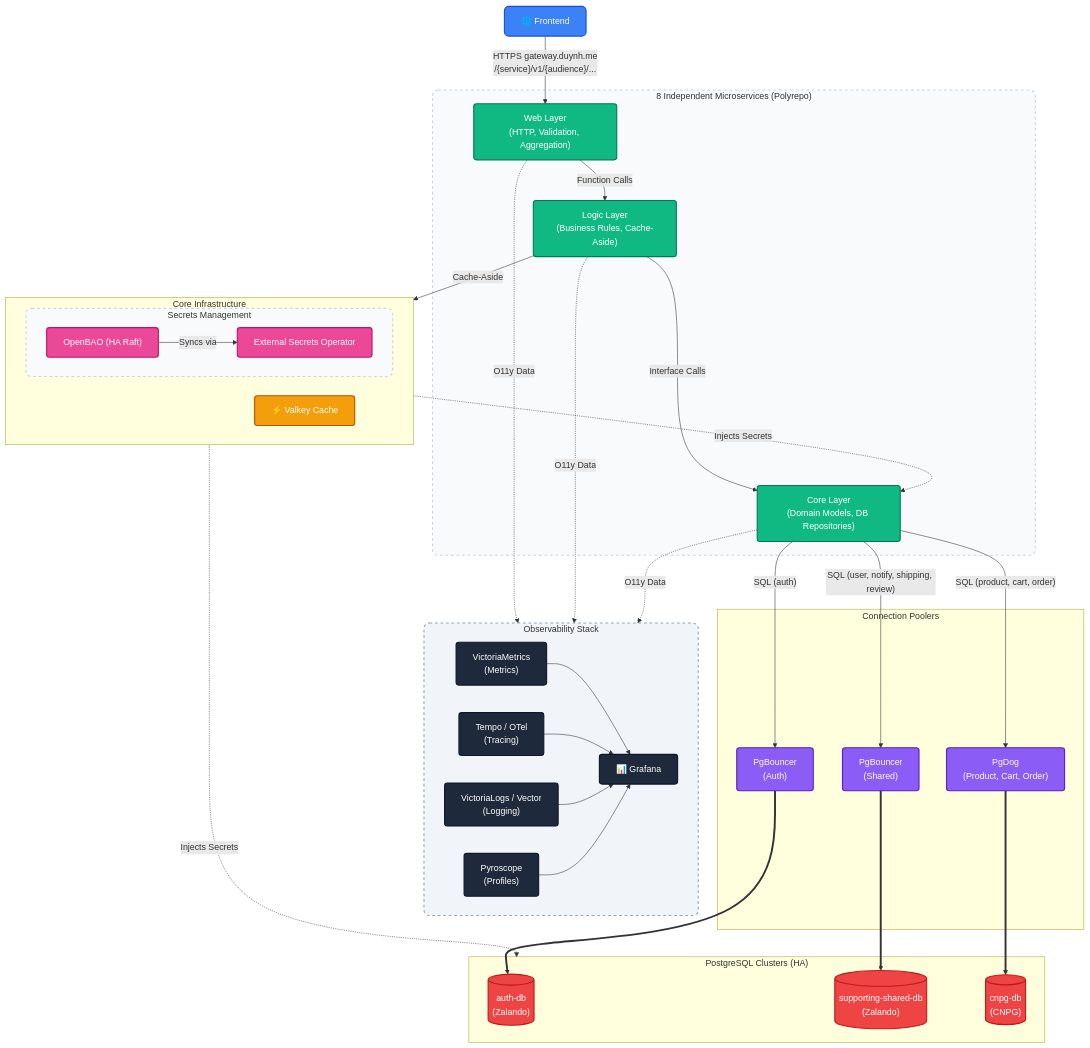
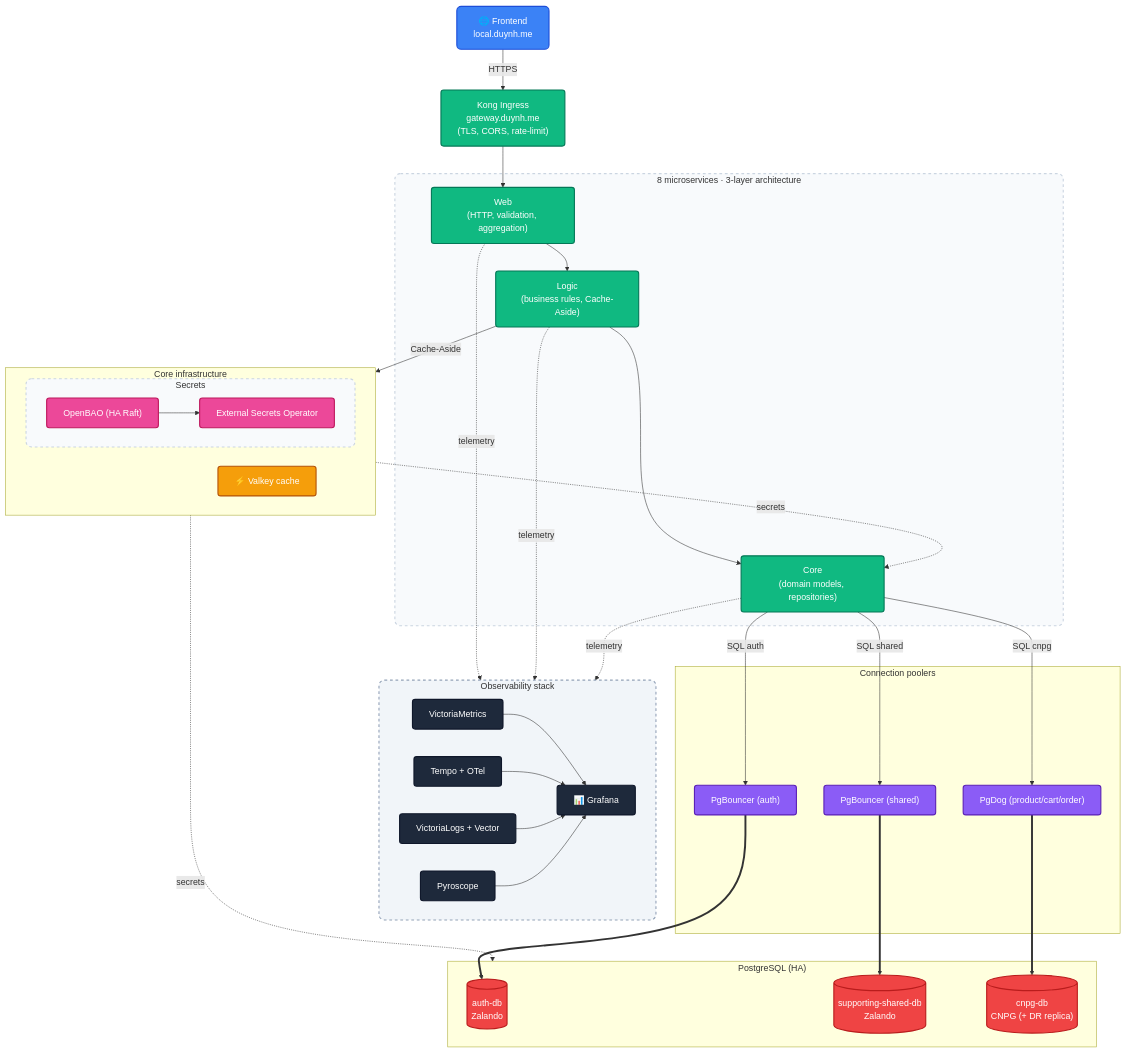
Before and after one commit to duynhlab/homelab: the diagram in README.md, drawn with Mermaid. The commit also changed other lines of this file, not shown here.

Commit message:
Refactor README: tighten sections and remove API path table

````diff
--- a/README.md
+++ b/README.md
@@ -33,84 +38,69 @@
 ```mermaid
 flowchart TD
-    %% Styling
     classDef frontend fill:#3b82f6,stroke:#1d4ed8,stroke-width:2px,color:#fff,rx:8px,ry:8px
-    classDef layer fill:#10b981,stroke:#047857,stroke-width:2px,color:#fff,rx:5px,ry:5px
-    classDef cache fill:#f59e0b,stroke:#b45309,stroke-width:2px,color:#fff,rx:5px,ry:5px
-    classDef pooler fill:#8b5cf6,stroke:#5b21b6,stroke-width:2px,color:#fff,rx:5px,ry:5px
-    classDef database fill:#ef4444,stroke:#b91c1c,stroke-width:2px,color:#fff,shape:cylinder
-    classDef obs fill:#1e293b,stroke:#0f172a,stroke-width:2px,color:#fff,rx:5px,ry:5px
-    classDef obsGroup fill:#f1f5f9,stroke:#94a3b8,stroke-width:2px,stroke-dasharray: 5 5,rx:10px,ry:10px
-    classDef secret fill:#ec4899,stroke:#be185d,stroke-width:2px,color:#fff,rx:5px,ry:5px
-    classDef servicebox fill:#f8fafc,stroke:#cbd5e1,stroke-width:2px,stroke-dasharray: 5 5,rx:10px,ry:10px
+    classDef layer    fill:#10b981,stroke:#047857,stroke-width:2px,color:#fff,rx:5px,ry:5px
+    classDef cache    fill:#f59e0b,stroke:#b45309,stroke-width:2px,color:#fff,rx:5px,ry:5px
+    classDef pooler   fill:#8b5cf6,stroke:#5b21b6,stroke-width:2px,color:#fff,rx:5px,ry:5px
+    classDef database fill:#ef4444,stroke:#b91c1c,stroke-width:2px,color:#fff
+    classDef obs      fill:#1e293b,stroke:#0f172a,stroke-width:2px,color:#fff,rx:5px,ry:5px
+    classDef obsGroup fill:#f1f5f9,stroke:#94a3b8,stroke-width:2px,stroke-dasharray:5 5,rx:10px,ry:10px
+    classDef secret   fill:#ec4899,stroke:#be185d,stroke-width:2px,color:#fff,rx:5px,ry:5px
+    classDef servicebox fill:#f8fafc,stroke:#cbd5e1,stroke-width:2px,stroke-dasharray:5 5,rx:10px,ry:10px
 
-    FE["🌐 Frontend"]:::frontend
+    FE["🌐 Frontend<br/>local.duynh.me"]:::frontend
+    Kong["Kong Ingress<br/>gateway.duynh.me<br/>(TLS, CORS, rate-limit)"]:::layer
 
-    %% API Layer / Microservices (3-Layer Architecture)
-    subgraph Microservices ["8 Independent Microservices (Polyrepo)"]
-        
-        WebLayer["Web Layer<br/>(HTTP, Validation, Aggregation)"]:::layer
-        LogicLayer["Logic Layer<br/>(Business Rules, Cache-Aside)"]:::layer
-        CoreLayer["Core Layer<br/>(Domain Models, DB Repositories)"]:::layer
-        
-        WebLayer -->|"Function Calls"| LogicLayer
-        LogicLayer -->|"Interface Calls"| CoreLayer
+    subgraph Microservices ["8 microservices · 3-layer architecture"]
+        WebLayer["Web<br/>(HTTP, validation, aggregation)"]:::layer
+        LogicLayer["Logic<br/>(business rules, Cache-Aside)"]:::layer
+        CoreLayer["Core<br/>(domain models, repositories)"]:::layer
+        WebLayer --> LogicLayer --> CoreLayer
     end
 
-    %% Observability Layer
-    subgraph Observability ["Observability Stack"]
+    subgraph Observability ["Observability stack"]
         direction LR
-        prom["VictoriaMetrics<br/>(Metrics)"]:::obs
-        tempo["Tempo / OTel<br/>(Tracing)"]:::obs
-        vlogs["VictoriaLogs / Vector<br/>(Logging)"]:::obs
-        pyro["Pyroscope<br/>(Profiles)"]:::obs
+        prom["VictoriaMetrics"]:::obs
+        tempo["Tempo + OTel"]:::obs
+        vlogs["VictoriaLogs + Vector"]:::obs
+        pyro["Pyroscope"]:::obs
         grafana["📊 Grafana"]:::obs
-        
         prom & tempo & vlogs & pyro --> grafana
     end
 
-    %% Core Services Layer
-    subgraph CoreInfra ["Core Infrastructure"]
+    subgraph CoreInfra ["Core infrastructure"]
         direction LR
-        valkey["⚡ Valkey Cache"]:::cache
-        subgraph SecretsDev ["Secrets Management"]
+        valkey["⚡ Valkey cache"]:::cache
+        subgraph SecretsDev ["Secrets"]
             openbao["OpenBAO (HA Raft)"]:::secret
             eso["External Secrets Operator"]:::secret
-            openbao -->|"Syncs via"| eso
+            openbao --> eso
         end
     end
 
-    %% Database Connection Layer
-    subgraph Poolers ["Connection Poolers"]
-        pb_auth["PgBouncer<br/>(Auth)"]:::pooler
-        pb_shared["PgBouncer<br/>(Shared)"]:::pooler
-        pdog["PgDog<br/>(Product, Cart, Order)"]:::pooler
+    subgraph Poolers ["Connection poolers"]
+        pb_auth["PgBouncer (auth)"]:::pooler
+        pb_shared["PgBouncer (shared)"]:::pooler
+        pdog["PgDog (product/cart/order)"]:::pooler
     end
 
-    %% Database Layer
-    subgraph Databases ["PostgreSQL Clusters (HA)"]
-        db_auth[("auth-db<br/>(Zalando)")]:::database
-        db_shared[("supporting-shared-db<br/>(Zalando)")]:::database
-        db_cnpg[("cnpg-db<br/>(CNPG)")]:::database
+    subgraph Databases ["PostgreSQL (HA)"]
+        db_auth[("auth-db<br/>Zalando")]:::database
+        db_shared[("supporting-shared-db<br/>Zalando")]:::database
+        db_cnpg[("cnpg-db<br/>CNPG (+ DR replica)")]:::database
     end
 
-    %% Connections
-    FE -->|"HTTPS gateway.duynh.me<br/>/{service}/v1/{audience}/..."| WebLayer
-    
-    WebLayer & LogicLayer & CoreLayer -.->|"O11y Data"| Observability
-    
-    LogicLayer -->|"Cache-Aside"| valkey
-    eso -.->|"Injects Secrets"| Databases
-    eso -.->|"Injects Secrets"| CoreLayer
-    
-    CoreLayer -->|"SQL (auth)"| pb_auth
-    CoreLayer -->|"SQL (user, notify, shipping, review)"| pb_shared
-    CoreLayer -->|"SQL (product, cart, order)"| pdog
-
+    FE -->|HTTPS| Kong --> WebLayer
+    WebLayer & LogicLayer & CoreLayer -.->|telemetry| Observability
+    LogicLayer -->|Cache-Aside| valkey
+    eso -.->|secrets| Databases
+    eso -.->|secrets| CoreLayer
+    CoreLayer -->|SQL auth| pb_auth
+    CoreLayer -->|SQL shared| pb_shared
+    CoreLayer -->|SQL cnpg| pdog
     pb_auth ==> db_auth
     pb_shared ==> db_shared
     pdog ==> db_cnpg
-    
-    %% Assign classes to subgraphs
-    class Microservices,SecretsDev servicebox;
-    class Observability obsGroup;
+
+    class Microservices,SecretsDev servicebox
+    class Observability obsGroup
 ```
````
